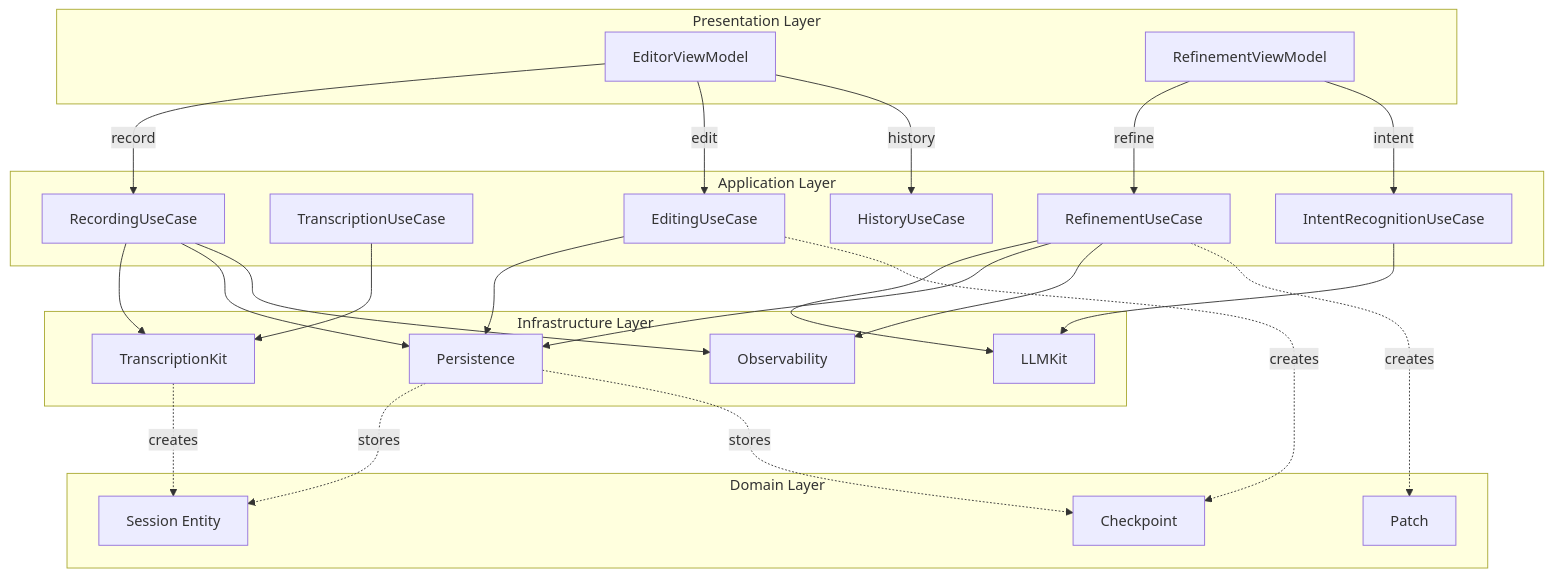
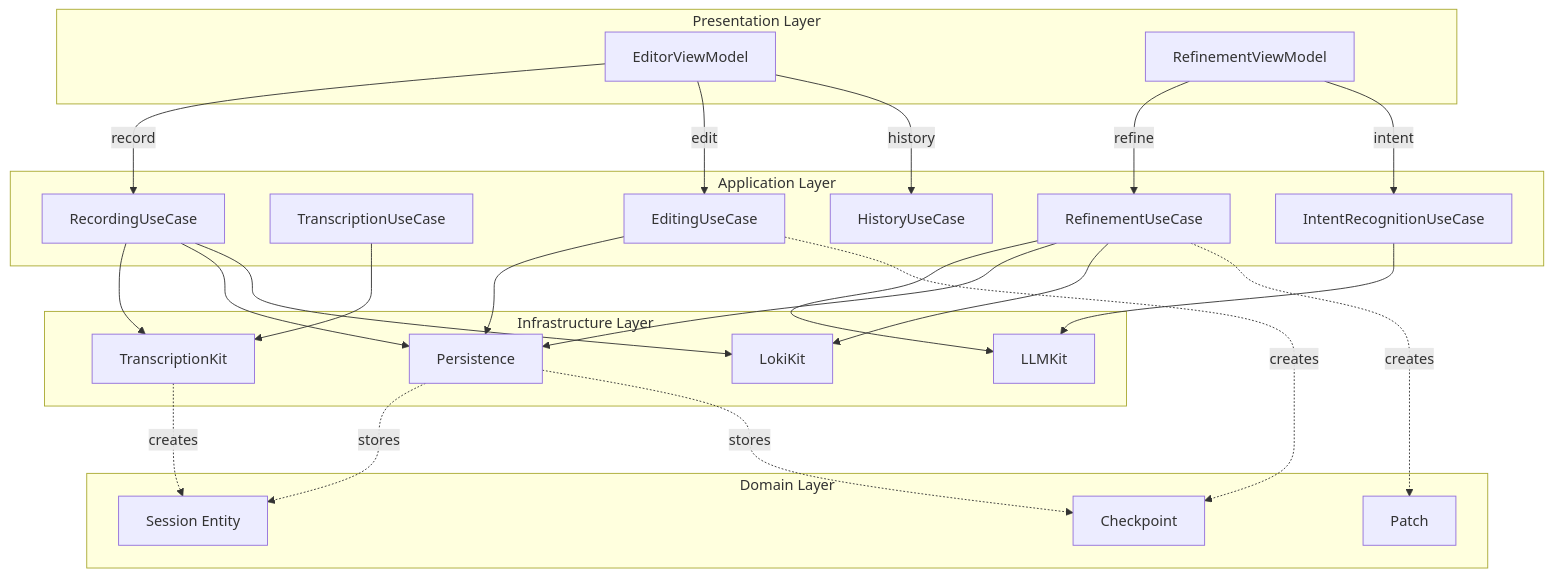
The fifth of 6 diagrams in docs/architecture/dependency-graph.md (LeePepe/VoxPocket), drawn with Mermaid before and after one commit. The commit also changed other lines of this file and 9 other files, not shown here.

Commit message:
fix: repair CI local deps and align LokiKit docs

````diff
--- a/docs/architecture/dependency-graph.md
+++ b/docs/architecture/dependency-graph.md
@@ -178,54 +178,54 @@
 ```mermaid
 graph TD
     subgraph Presentation Layer
         EVM[EditorViewModel]
         RVM[RefinementViewModel]
     end
 
     subgraph Application Layer
         RecUC[RecordingUseCase]
         TransUC[TranscriptionUseCase]
         IntentUC[IntentRecognitionUseCase]
         RefineUC[RefinementUseCase]
         EditUC[EditingUseCase]
         HistUC[HistoryUseCase]
     end
 
     subgraph Infrastructure Layer
         TK[TranscriptionKit]
         LLM[LLMKit]
         PS[Persistence]
-        OBS[Observability]
+        LK[LokiKit]
     end
 
     subgraph Domain Layer
         Session[Session Entity]
         Checkpoint[Checkpoint]
         Patch[Patch]
     end
 
     EVM -->|record| RecUC
     EVM -->|edit| EditUC
     EVM -->|history| HistUC
     RVM -->|refine| RefineUC
     RVM -->|intent| IntentUC
 
     RecUC --> TK
     TransUC --> TK
     IntentUC --> LLM
     RefineUC --> LLM
 
     RecUC --> PS
     EditUC --> PS
     RefineUC --> PS
 
-    RecUC --> OBS
-    RefineUC --> OBS
+    RecUC --> LK
+    RefineUC --> LK
 
     TK -.creates.-> Session
     EditUC -.creates.-> Checkpoint
     RefineUC -.creates.-> Patch
 
     PS -.stores.-> Session
     PS -.stores.-> Checkpoint
 ```
````
